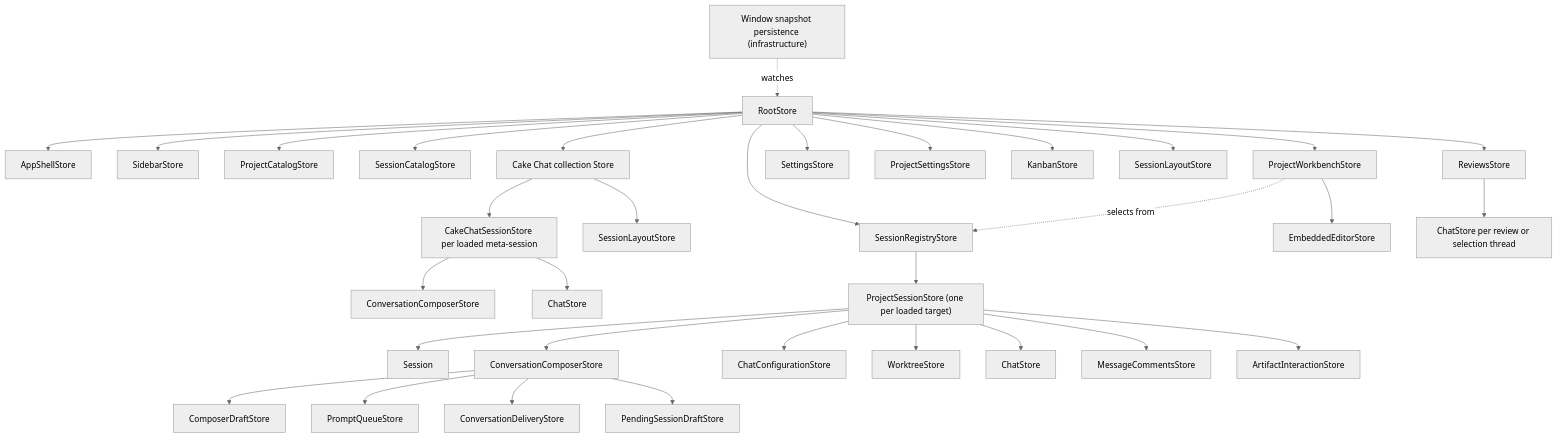
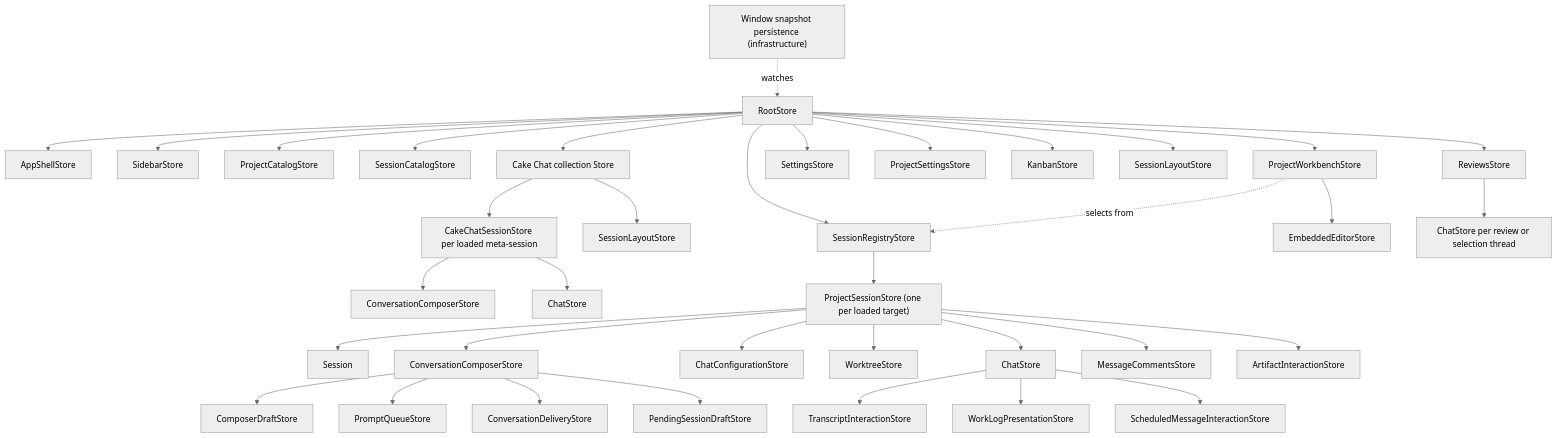
Before and after one commit to melnikov-s/cake: the diagram in docs/architecture/cake-architecture.md, drawn with Mermaid (neutral theme). The commit also changed other lines of this file and 22 other files, not shown here.

````diff
--- a/docs/architecture/cake-architecture.md
+++ b/docs/architecture/cake-architecture.md
@@ -466,35 +474,38 @@
 ```mermaid
 flowchart TD
   Root["RootStore"] --> Shell["AppShellStore"]
   Root --> Sidebar["SidebarStore"]
   Root --> Projects["ProjectCatalogStore"]
   Root --> Catalog["SessionCatalogStore"]
   Root --> Registry["SessionRegistryStore"]
   Root --> Workbench["ProjectWorkbenchStore"]
   Root --> CakeChat["Cake Chat collection Store"]
   CakeChat --> CakeLayout["SessionLayoutStore"]
   CakeChat --> CakeSession["CakeChatSessionStore per loaded meta-session"]
   CakeSession --> CakeComposer["ConversationComposerStore"]
   CakeSession --> MetaChat["ChatStore"]
   Root --> Settings["SettingsStore"]
   Root --> ProjectSettings["ProjectSettingsStore"]
   Root --> Kanban["KanbanStore"]
   Persistence["Window snapshot persistence (infrastructure)"] -. watches .-> Root
   Workbench -. selects from .-> Registry
   Root --> Layout["SessionLayoutStore"]
   Workbench --> IDE["EmbeddedEditorStore"]
   Registry --> Session["ProjectSessionStore (one per loaded target)"]
   Session --> Model["Session"]
   Session --> Composer["ConversationComposerStore"]
   Composer --> ComposerDraft["ComposerDraftStore"]
   Composer --> PromptQueue["PromptQueueStore"]
   Composer --> Delivery["ConversationDeliveryStore"]
   Composer --> PendingDraft["PendingSessionDraftStore"]
   Session --> Config["ChatConfigurationStore"]
   Session --> Worktree["WorktreeStore"]
   Session --> Chat["ChatStore"]
+  Chat --> TranscriptInteraction["TranscriptInteractionStore"]
+  Chat --> WorkLogPresentation["WorkLogPresentationStore"]
+  Chat --> ScheduledInteraction["ScheduledMessageInteractionStore"]
   Session --> Comments["MessageCommentsStore"]
   Session --> Artifacts["ArtifactInteractionStore"]
   Root --> Reviews["ReviewsStore"]
   Reviews --> ThreadChats["ChatStore per review or selection thread"]
 ```
````
